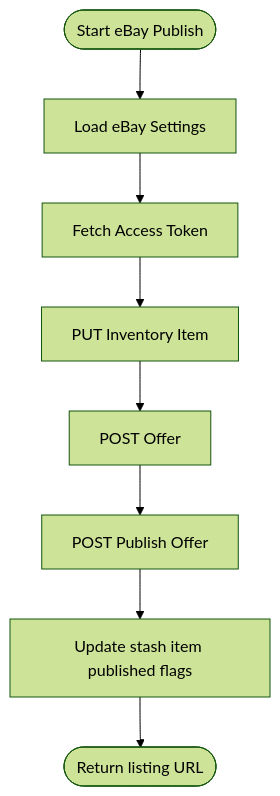
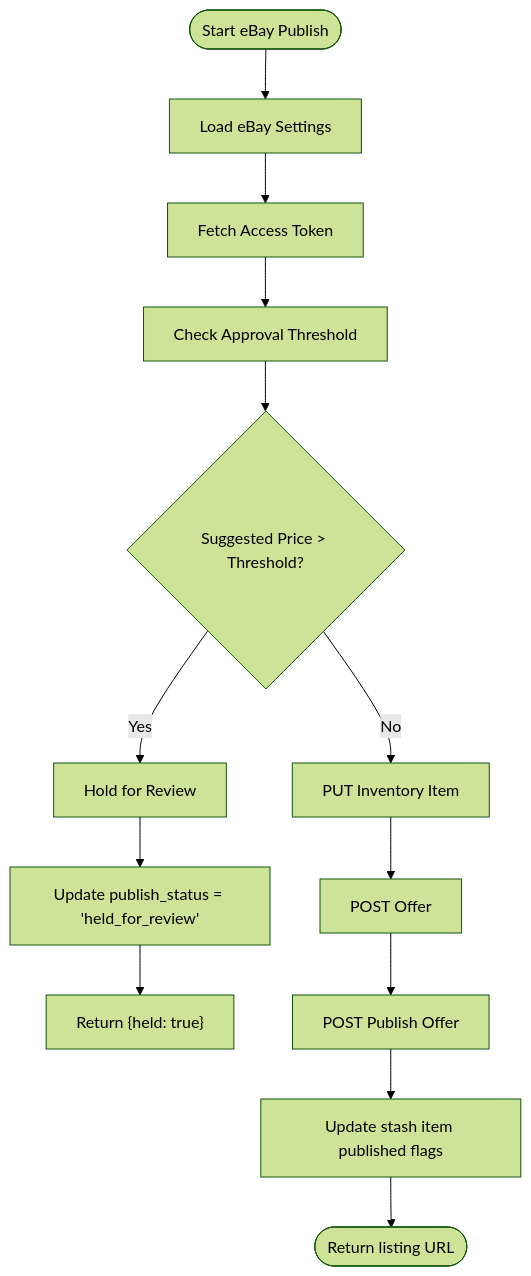
One commit to hunglevi87/Hidden-Gem changed the third of 6 diagrams in .qoder/repowiki/en/content/Marketplace Integration/Marketplace Integration.md. Above: the diagram before and after it, drawn with Mermaid (forest theme). The commit also changed other lines of this file and 5 other files, not shown here.

````diff
--- a/.qoder/repowiki/en/content/Marketplace Integration/Marketplace Integration.md
+++ b/.qoder/repowiki/en/content/Marketplace Integration/Marketplace Integration.md
@@ -167,10 +229,15 @@
 ```mermaid
 flowchart TD
 Start(["Start eBay Publish"]) --> LoadCreds["Load eBay Settings"]
 LoadCreds --> Token["Fetch Access Token"]
-Token --> CreateInv["PUT Inventory Item"]
+Token --> CheckApproval["Check Approval Threshold"]
+CheckApproval --> Exceeds{"Suggested Price > Threshold?"}
+Exceeds --> |Yes| HoldForReview["Hold for Review"]
+HoldForReview --> UpdateStatus["Update publish_status = 'held_for_review'"]
+UpdateStatus --> ReturnHeld["Return {held: true}"]
+Exceeds --> |No| CreateInv["PUT Inventory Item"]
 CreateInv --> CreateOffer["POST Offer"]
 CreateOffer --> Publish["POST Publish Offer"]
 Publish --> UpdateDB["Update stash item published flags"]
 UpdateDB --> Done(["Return listing URL"])
 ```
````
